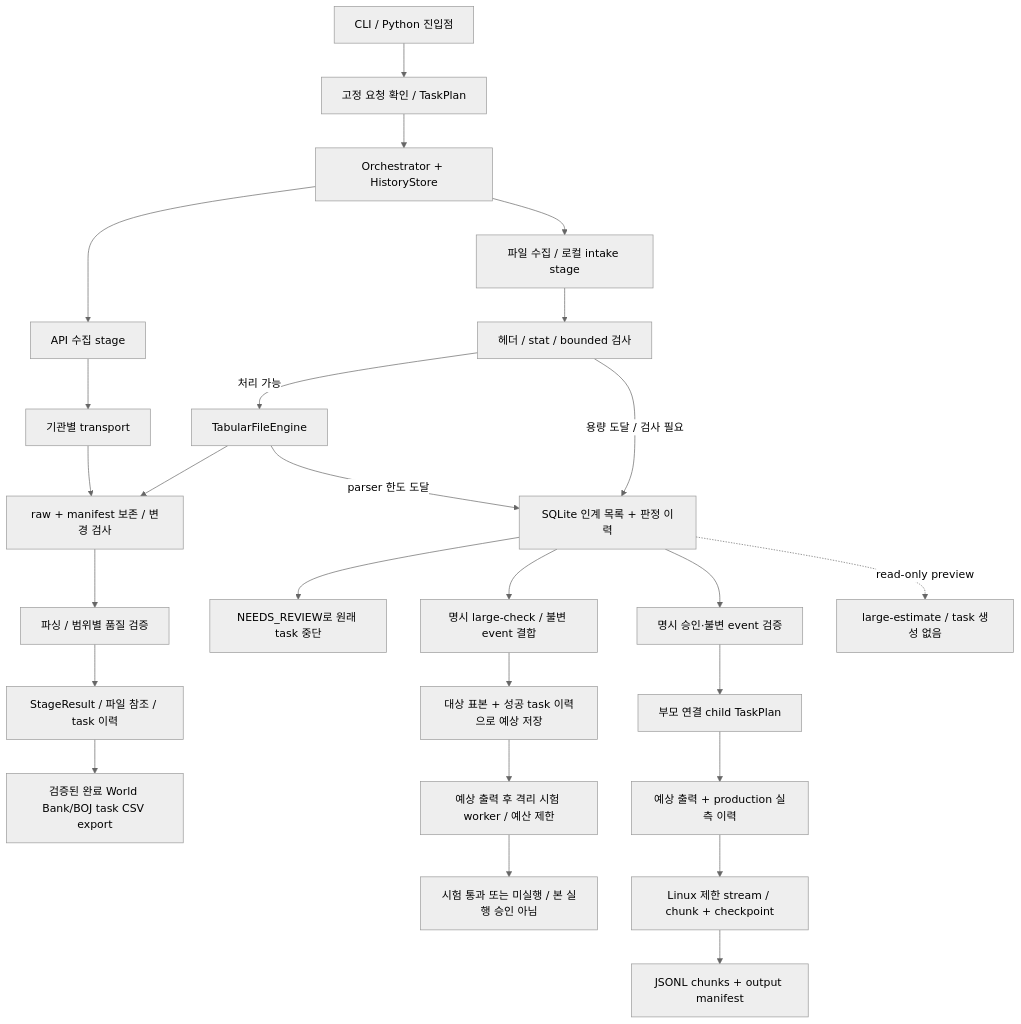
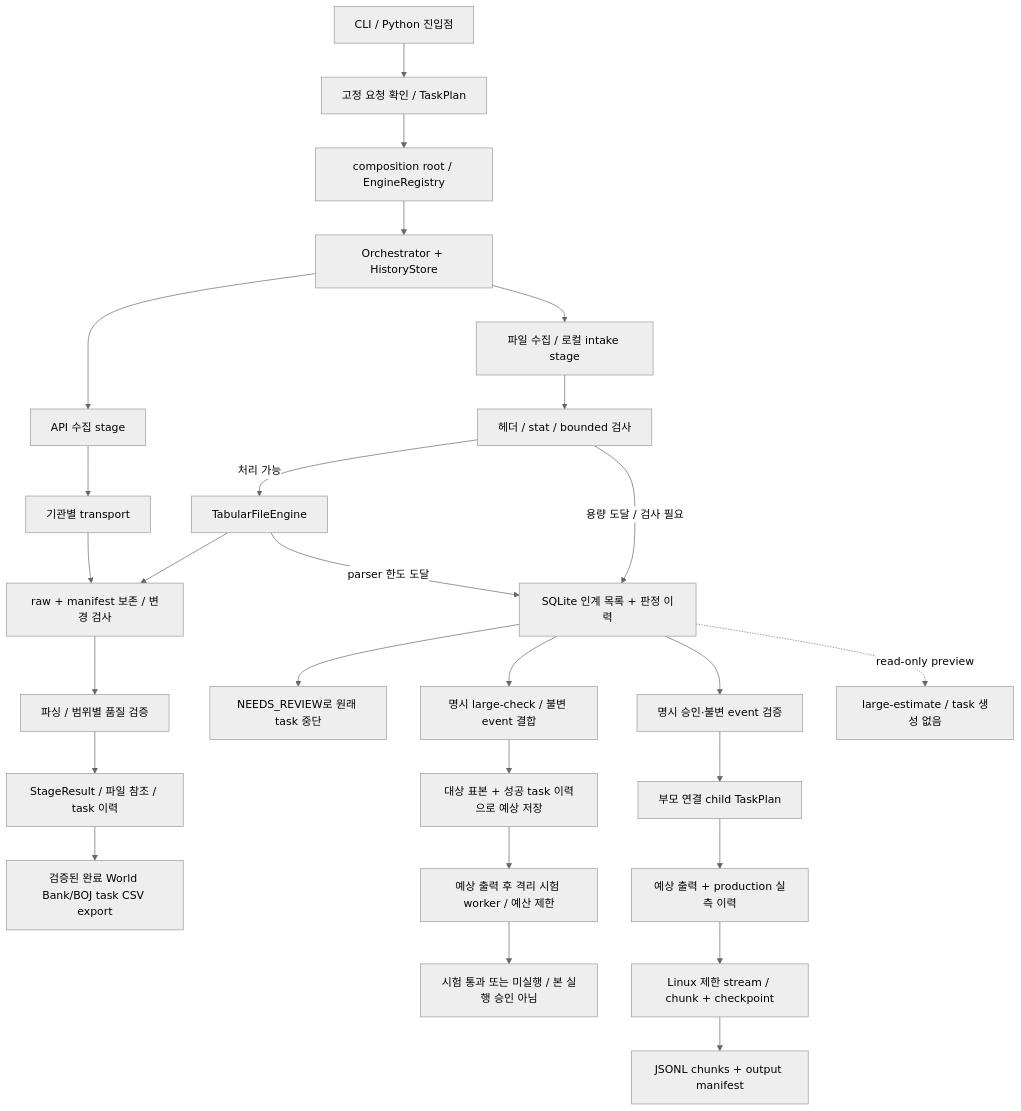
Before and after one commit to jaeu983-lang/MacroAtlas: the diagram in docs/ENGINE_CONNECTIONS.md, drawn with Mermaid (neutral theme). The commit also changed other lines of this file and 13 other files, not shown here.

Commit message:
Unify provider engine composition and resume

````diff
--- a/docs/ENGINE_CONNECTIONS.md
+++ b/docs/ENGINE_CONNECTIONS.md
@@ -12,28 +14,29 @@
 ```mermaid
 flowchart TD
     CLI[CLI / Python 진입점] --> PLAN[고정 요청 확인 / TaskPlan]
-    PLAN --> RUN[Orchestrator + HistoryStore]
+    PLAN --> ROOT[composition root / EngineRegistry]
+    ROOT --> RUN[Orchestrator + HistoryStore]
     RUN --> API[API 수집 stage]
     RUN --> FILE[파일 수집 / 로컬 intake stage]
     API --> HTTP[기관별 transport]
     HTTP --> RAW[raw + manifest 보존 / 변경 검사]
     RAW --> VALID[파싱 / 범위별 품질 검증]
     FILE --> SIZE[헤더 / stat / bounded 검사]
     SIZE -->|처리 가능| SMALL[TabularFileEngine]
     SMALL --> RAW
     SIZE -->|용량 도달 / 검사 필요| DEFER[SQLite 인계 목록 + 판정 이력]
     SMALL -->|parser 한도 도달| DEFER
     VALID --> RESULT[StageResult / 파일 참조 / task 이력]
     DEFER --> STOP[NEEDS_REVIEW로 원래 task 중단]
     DEFER --> TRIAL[명시 large-check / 불변 event 결합]
     TRIAL --> PROFILE[대상 표본 + 성공 task 이력으로 예상 저장]
     PROFILE --> QUAL[예상 출력 후 격리 시험 worker / 예산 제한]
     QUAL --> PROOF[시험 통과 또는 미실행 / 본 실행 승인 아님]
     DEFER --> HANDOFF[명시 승인·불변 event 검증]
     HANDOFF --> CHILD[부모 연결 child TaskPlan]
     CHILD --> LARGEPROFILE[예상 출력 + production 실측 이력]
     LARGEPROFILE --> LARGE[Linux 제한 stream / chunk + checkpoint]
     DEFER -. read-only preview .-> PREVIEW[large-estimate / task 생성 없음]
     LARGE --> ARTIFACT[JSONL chunks + output manifest]
     RESULT --> EXPORT[검증된 완료 World Bank/BOJ task CSV export]
 ```
````
